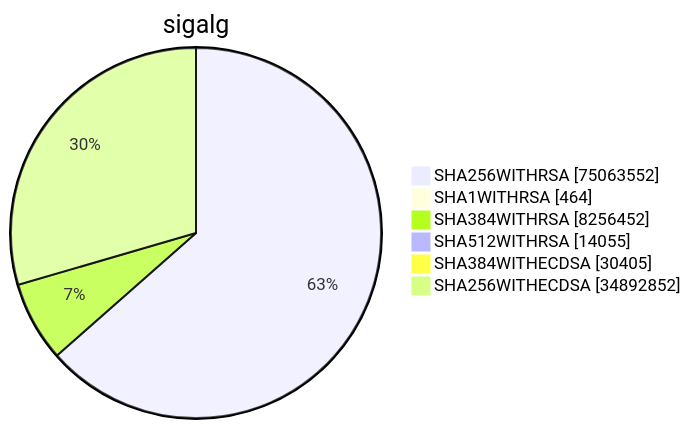
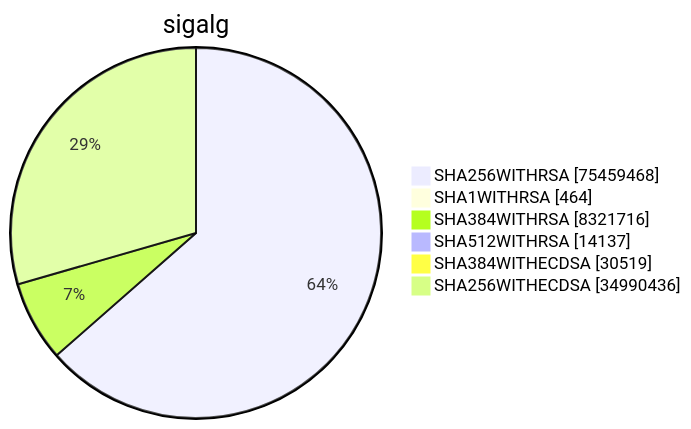
One commit to christiankrug/ctmonitor_visualization changed diagram 15 of 15 in argon2023/README.md. Above: the diagram before and after it, drawn with Mermaid. The commit also changed other lines of this file, not shown here.

````diff
--- a/argon2023/README.md
+++ b/argon2023/README.md
@@ -4559,10 +4562,10 @@
 ```mermaid
 pie showData
 title sigalg
-"SHA256WITHRSA" :75063552
+"SHA256WITHRSA" :75459468
 "SHA1WITHRSA" :464
-"SHA384WITHRSA" :8256452
-"SHA512WITHRSA" :14055
-"SHA384WITHECDSA" :30405
-"SHA256WITHECDSA" :34892852
+"SHA384WITHRSA" :8321716
+"SHA512WITHRSA" :14137
+"SHA384WITHECDSA" :30519
+"SHA256WITHECDSA" :34990436
 ```
````
